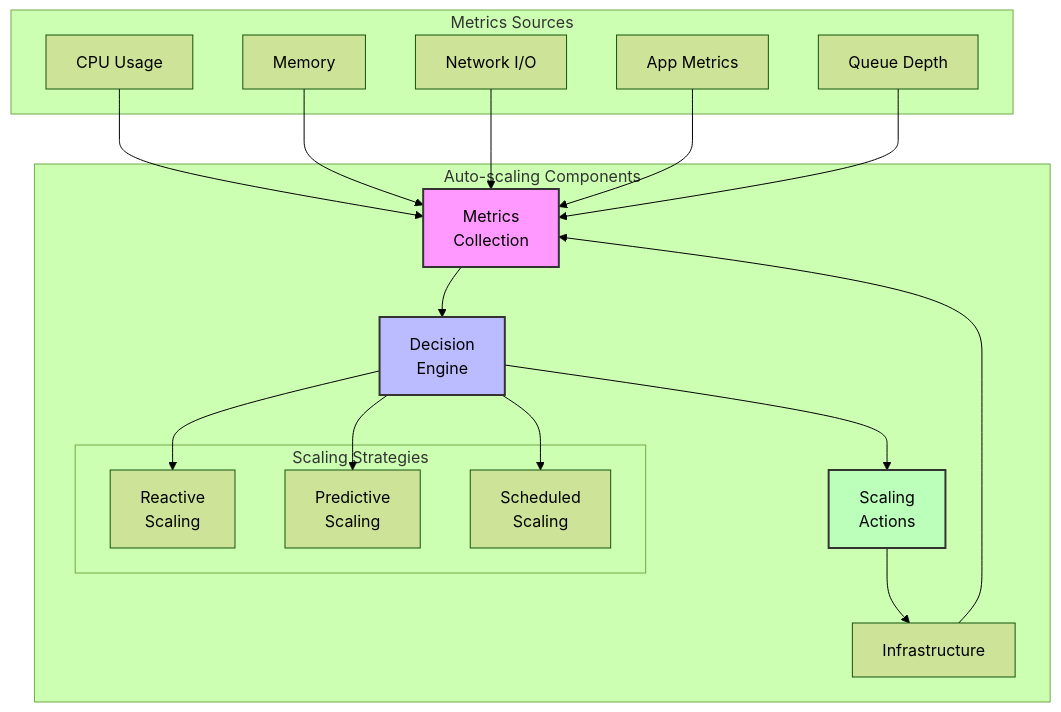
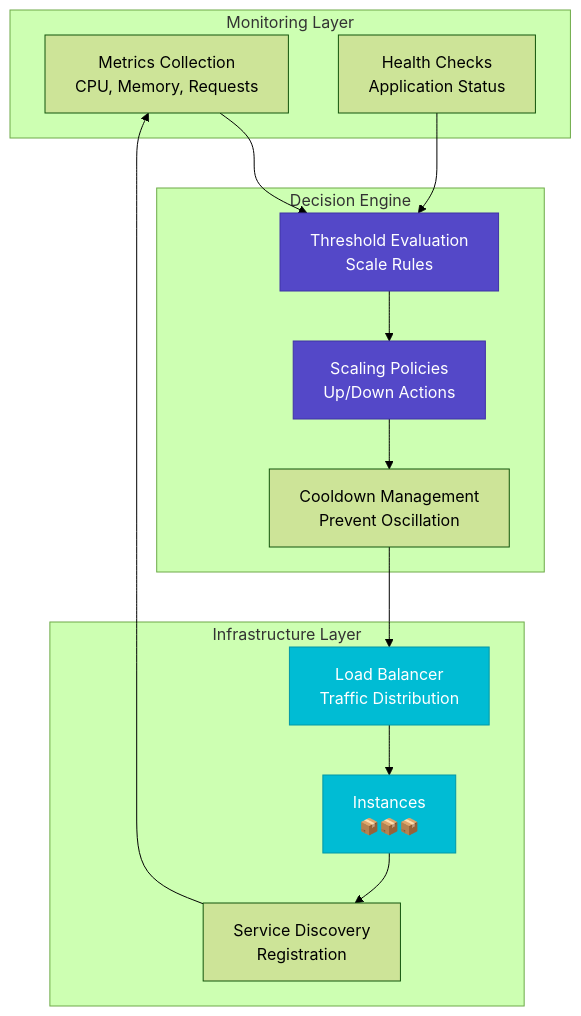
Before and after one commit to deepaucksharma/DStudio: the second of 6 diagrams in docs/pattern-library/scaling/auto-scaling.md, drawn with Mermaid (forest theme). The commit also changed other lines of this file and 23 other files, not shown here.

````diff
--- a/docs/pattern-library/scaling/auto-scaling.md
+++ b/docs/pattern-library/scaling/auto-scaling.md
@@ -58,31 +103,34 @@
 ```mermaid
 graph TB
-    subgraph "Auto-scaling Components"
-        M[Metrics<br/>Collection] --> D[Decision<br/>Engine]
-        D --> A[Scaling<br/>Actions]
-        A --> I[Infrastructure]
-        I --> M
-        
-        subgraph "Scaling Strategies"
-            R[Reactive<br/>Scaling]
-            P[Predictive<br/>Scaling]
-            S[Scheduled<br/>Scaling]
-        end
-        
-        D --> R & P & S
+    subgraph "Monitoring Layer"
+        A[Metrics Collection<br/>CPU, Memory, Requests]
+        B[Health Checks<br/>Application Status]
     end
     
-    subgraph "Metrics Sources"
-        CPU[CPU Usage]
-        MEM[Memory]
-        NET[Network I/O]
-        APP[App Metrics]
-        Q[Queue Depth]
+    subgraph "Decision Engine"
+        C[Threshold Evaluation<br/>Scale Rules]
+        D[Scaling Policies<br/>Up/Down Actions]
+        E[Cooldown Management<br/>Prevent Oscillation]
     end
     
-    CPU & MEM & NET & APP & Q --> M
+    subgraph "Infrastructure Layer"
+        F[Load Balancer<br/>Traffic Distribution]
+        G[Instances<br/>📦📦📦]
+        H[Service Discovery<br/>Registration]
+    end
     
-    style M fill:#f9f,stroke:#333,stroke-width:2px
-    style D fill:#bbf,stroke:#333,stroke-width:2px
-    style A fill:#bfb,stroke:#333,stroke-width:2px
+    A --> C
+    B --> C
+    C --> D
+    D --> E
+    E --> F
+    F --> G
+    G --> H
+    H --> A
+    
+    classDef primary fill:#5448C8,stroke:#3f33a6,color:#fff
+    classDef secondary fill:#00BCD4,stroke:#0097a7,color:#fff
+    
+    class C,D primary
+    class F,G secondary
 ```
````
